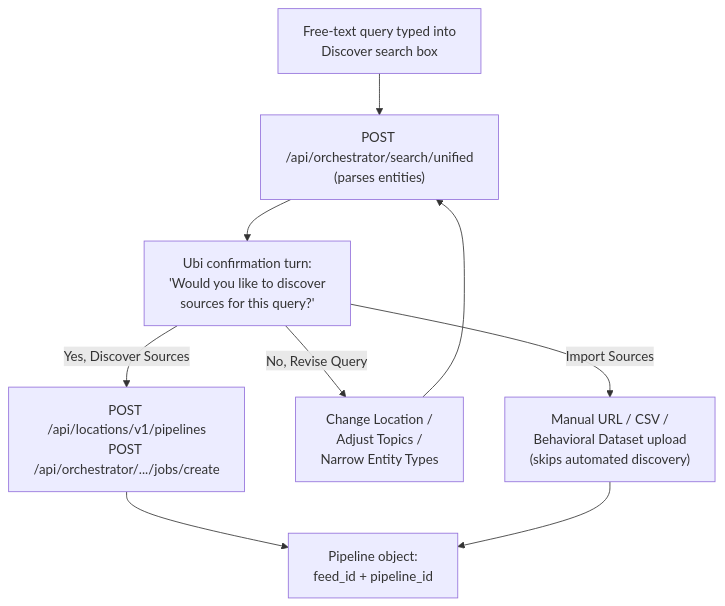
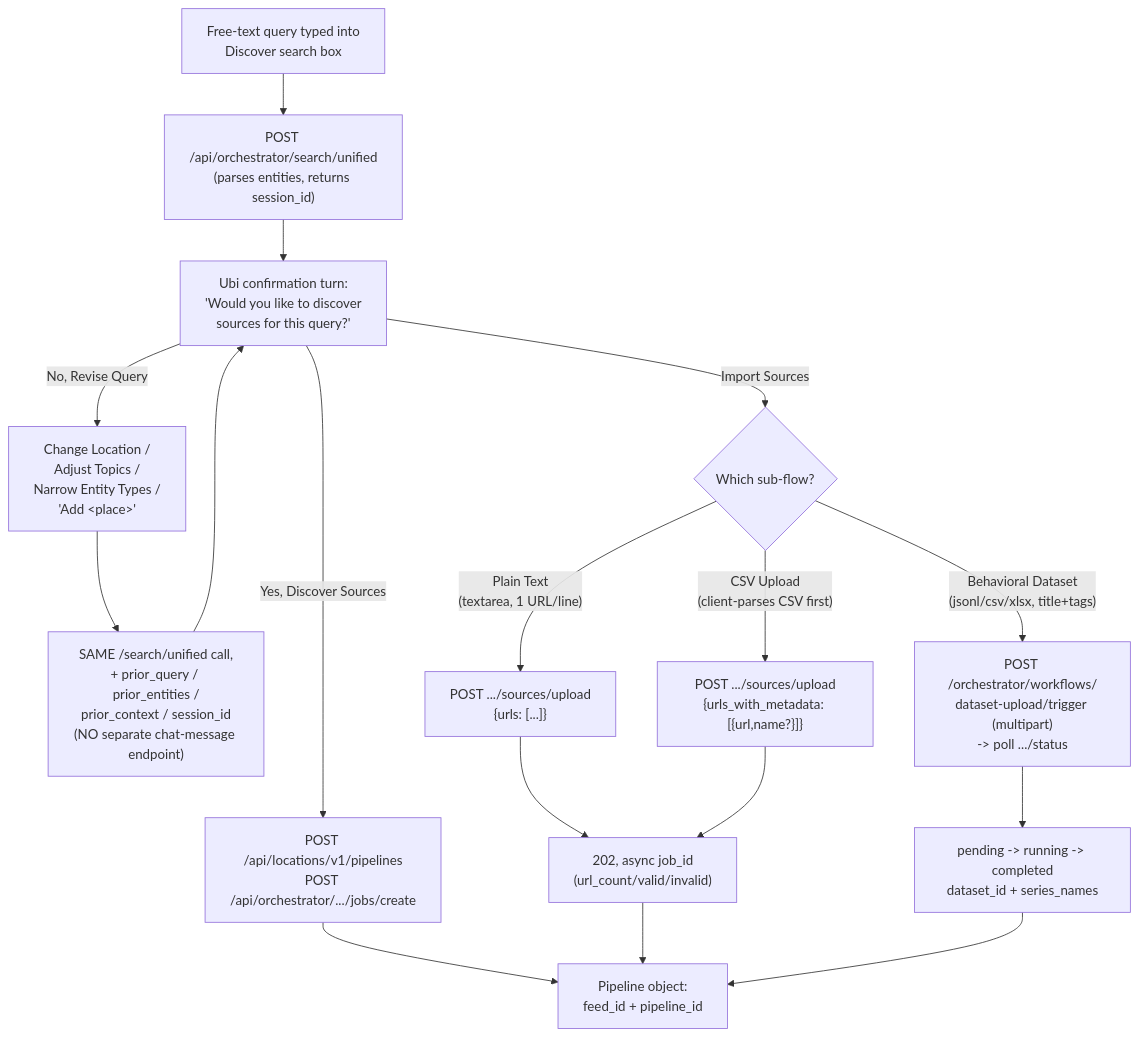
Before and after one commit to FilterLabsAI/ubiquity-skills: the second of 5 diagrams in skills/ubiquity-onboarding/references/flowcharts.md, drawn with Mermaid. The commit also changed other lines of this file and 7 other files, not shown here.

````diff
--- a/skills/ubiquity-onboarding/references/flowcharts.md
+++ b/skills/ubiquity-onboarding/references/flowcharts.md
@@ -34,11 +34,17 @@
 ```mermaid
 flowchart TD
-    A["Free-text query typed into\nDiscover search box"] --> B["POST /api/orchestrator/search/unified\n(parses entities)"]
+    A["Free-text query typed into\nDiscover search box"] --> B["POST /api/orchestrator/search/unified\n(parses entities, returns session_id)"]
     B --> C["Ubi confirmation turn:\n'Would you like to discover\nsources for this query?'"]
     C -->|"Yes, Discover Sources"| D["POST /api/locations/v1/pipelines\nPOST /api/orchestrator/.../jobs/create"]
-    C -->|"No, Revise Query"| E["Change Location /\nAdjust Topics /\nNarrow Entity Types"]
-    E --> B
-    C -->|"Import Sources"| F["Manual URL / CSV /\nBehavioral Dataset upload\n(skips automated discovery)"]
+    C -->|"No, Revise Query"| E["Change Location /\nAdjust Topics /\nNarrow Entity Types /\n'Add &lt;place&gt;'"]
+    E --> B2["SAME /search/unified call,\n+ prior_query / prior_entities /\nprior_context / session_id\n(NO separate chat-message endpoint)"]
+    B2 --> C
+    C -->|"Import Sources"| F{"Which sub-flow?"}
+    F -->|"Plain Text\n(textarea, 1 URL/line)"| F1["POST .../sources/upload\n{urls: [...]}"]
+    F -->|"CSV Upload\n(client-parses CSV first)"| F2["POST .../sources/upload\n{urls_with_metadata: [{url,name?}]}"]
+    F -->|"Behavioral Dataset\n(jsonl/csv/xlsx, title+tags)"| F3["POST /orchestrator/workflows/\ndataset-upload/trigger (multipart)\n-> poll .../status"]
+    F1 & F2 --> F4["202, async job_id\n(url_count/valid/invalid)"]
+    F3 --> F5["pending -> running -> completed\ndataset_id + series_names"]
     D --> G["Pipeline object:\nfeed_id + pipeline_id"]
-    F --> G
+    F4 & F5 --> G
 ```
````
